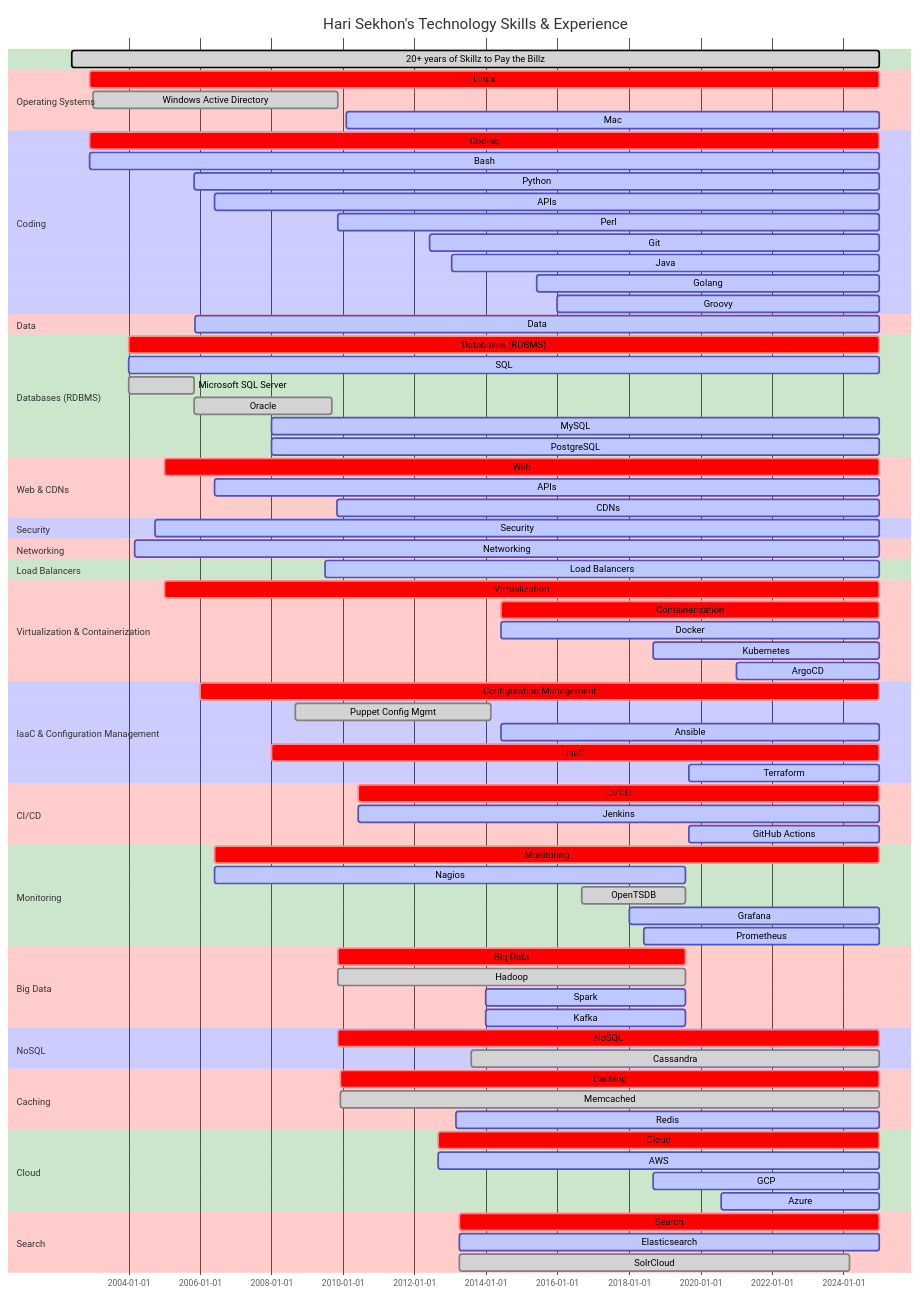
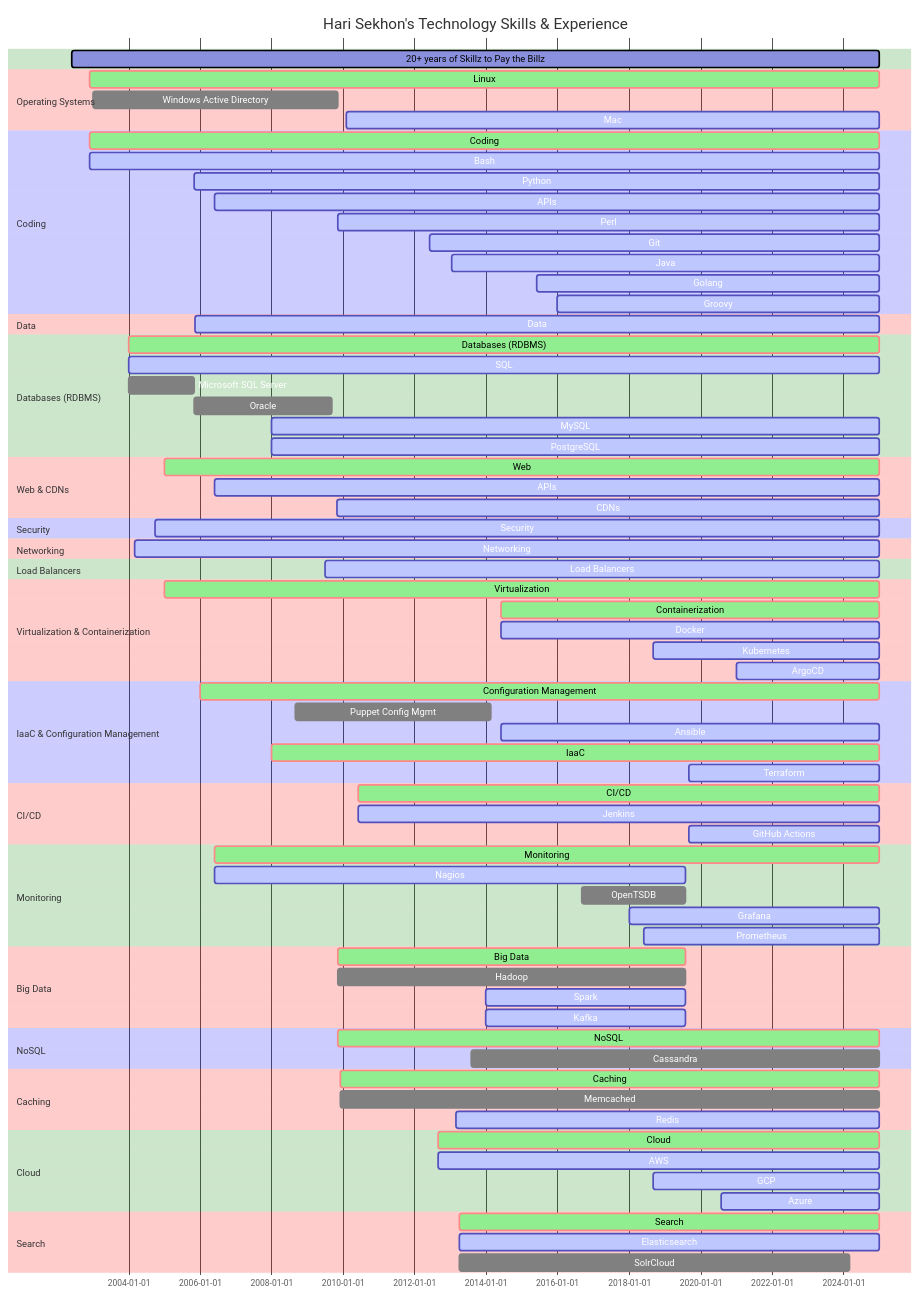
One commit to HariSekhon/HariSekhon changed the diagram in README.md. Above: the diagram before and after it, drawn with Mermaid. The commit also changed other lines of this file, not shown here.

```diff
--- a/README.md
+++ b/README.md
@@ -276,9 +284,11 @@
           'sectionBkgColor': 'green',
           'altSectionBkgColor': 'red',
           'sectionBkgColor2': 'blue',
-          'taskBkgColor': 'lightgrey',
           'taskBorderColor': 'black',
-          'taskTextColor': 'black'
+          'taskTextColor': 'black',
+          'doneTaskBkgColor': 'grey',
+          'taskTextDarkColor': 'white',
+          'critBkgColor': 'lightgreen'
         }
     }
 }%%
```
